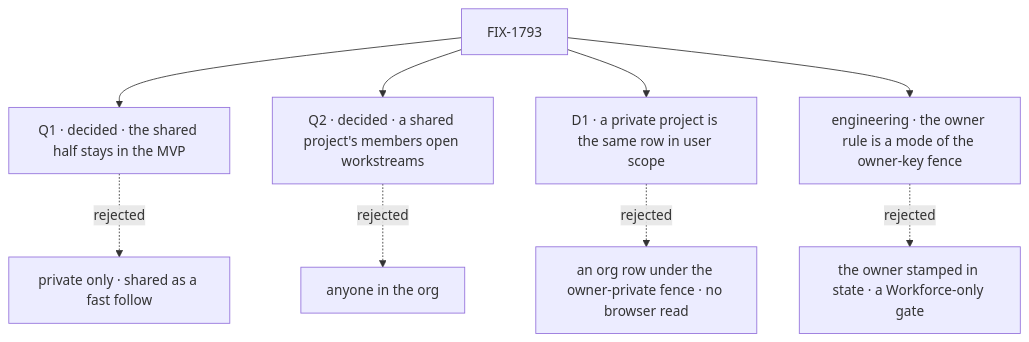
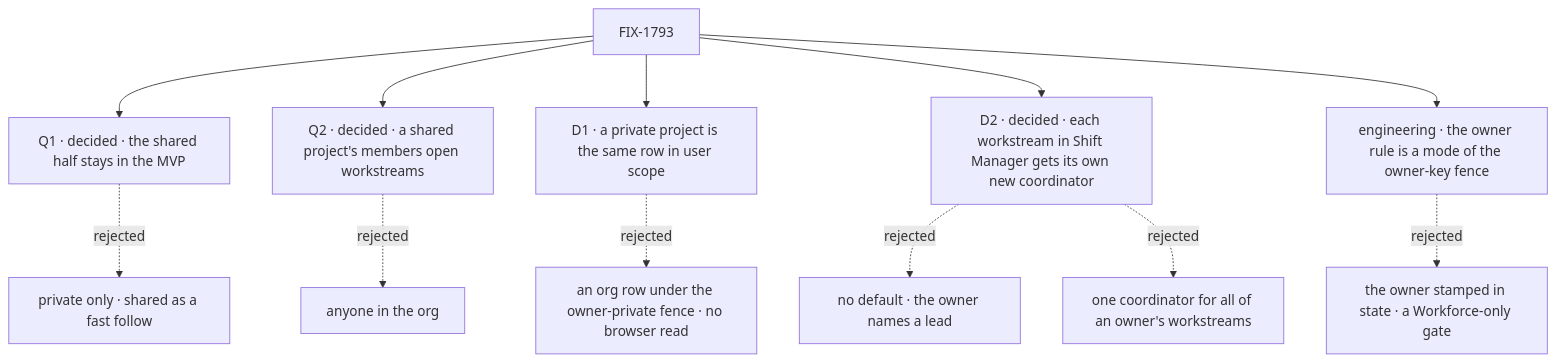
The diagram in specs/issues/FIX-1793/DECISIONS.md (fixpoint-labs/flow-state-dev), drawn with Mermaid before and after one commit. The commit also changed other lines of this file and 6 other files, not shown here.

First line of the commit message:
spec(FIX-1793): amend after merge · each Shift Manager workstream gets its own coordinator

````diff
--- a/specs/issues/FIX-1793/DECISIONS.md
+++ b/specs/issues/FIX-1793/DECISIONS.md
@@ -13,11 +15,14 @@
 ```mermaid
 flowchart TD
   I["FIX-1793"] --> Q1["Q1 · decided · the shared half stays in the MVP"]
   Q1 -.->|"rejected"| XQ1["private only · shared as a fast follow"]
   I --> Q2["Q2 · decided · a shared project's members open workstreams"]
   Q2 -.->|"rejected"| XQ2["anyone in the org"]
   I --> D1["D1 · a private project is the same row in user scope"]
   D1 -.->|"rejected"| X1["an org row under the owner-private fence · no browser read"]
+  I --> D2["D2 · decided · each workstream in Shift Manager gets its own new coordinator"]
+  D2 -.->|"rejected"| X2["no default · the owner names a lead"]
+  D2 -.->|"rejected"| X2b["one coordinator for all of an owner's workstreams"]
   I --> E1["engineering · the owner rule is a mode of the owner-key fence"]
   E1 -.->|"rejected"| XE1["the owner stamped in state · a Workforce-only gate"]
 ```
````
